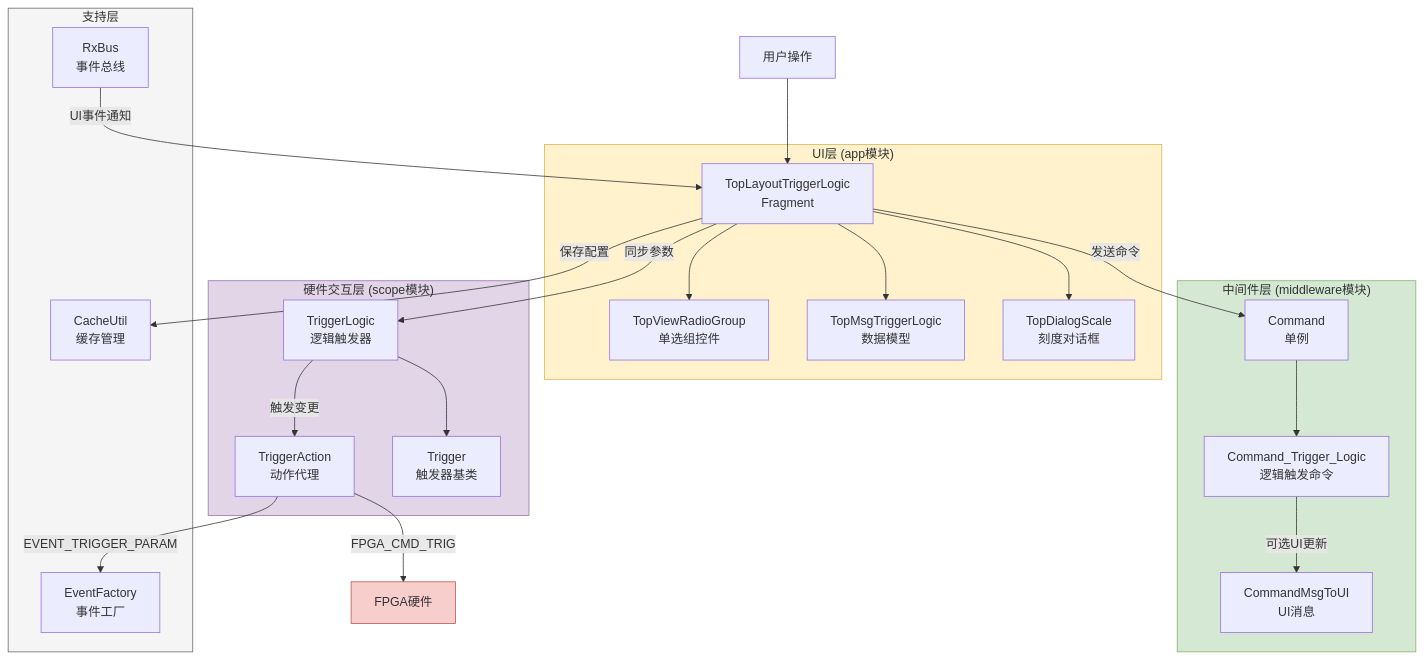
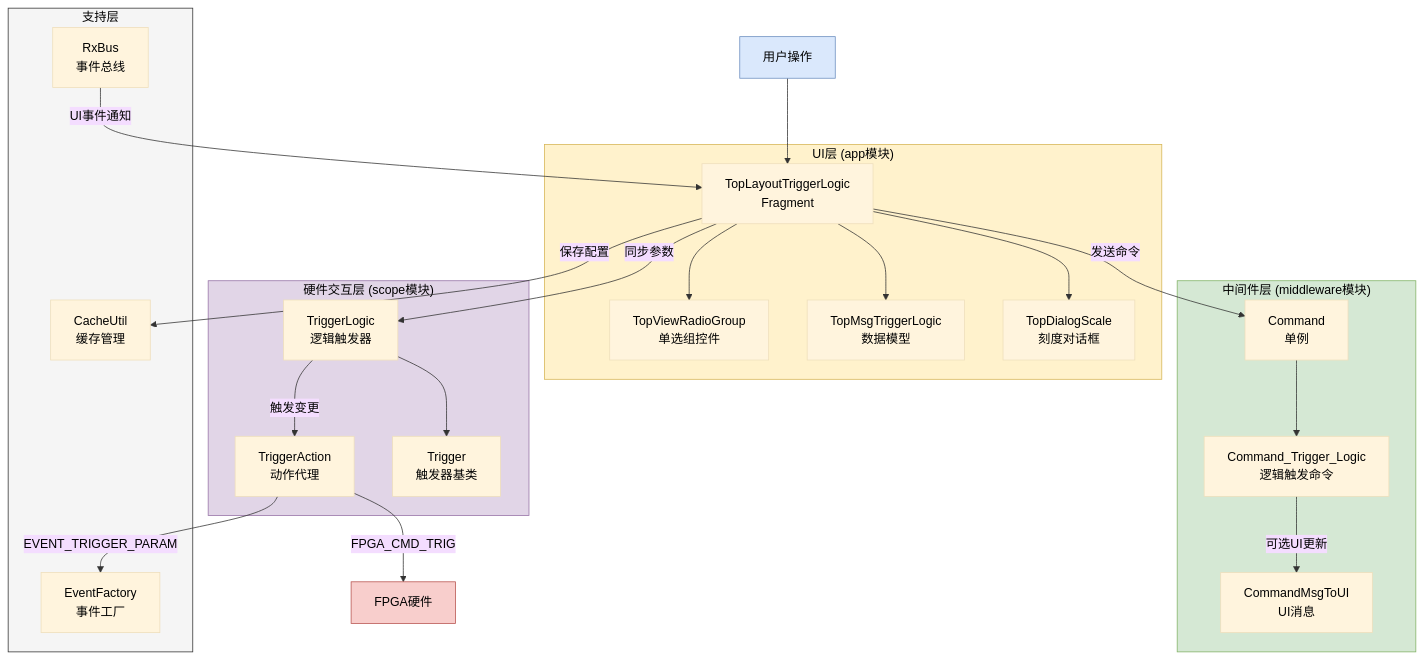
One commit to beginbeyond2/mic changed the first of 8 diagrams in 逻辑触发器数据流程.md. Above: the diagram before and after it, drawn with Mermaid. The commit also changed other lines of this file and 39 other files, not shown here.

Commit message:
docs: add Chinese comments to base, hardware and scope modules

````diff
--- a/逻辑触发器数据流程.md
+++ b/逻辑触发器数据流程.md
@@ -13,52 +13,54 @@
 ```mermaid
+%%{init: {'theme': 'base', 'themeVariables': { 'primaryTextColor': '#000', 'secondaryTextColor': '#000', 'tertiaryTextColor': '#000', 'lineColor': '#333', 'textColor': '#000', 'noteBkgColor': '#fffde7', 'noteTextColor': '#000'}}}%%
 flowchart TB
     subgraph UI["UI层 (app模块)"]
         A1[TopLayoutTriggerLogic<br/>Fragment]
         A2[TopViewRadioGroup<br/>单选组控件]
         A3[TopMsgTriggerLogic<br/>数据模型]
         A4[TopDialogScale<br/>刻度对话框]
     end
 
     subgraph Middleware["中间件层 (middleware模块)"]
         B1[Command<br/>单例]
         B2[Command_Trigger_Logic<br/>逻辑触发命令]
         B3[CommandMsgToUI<br/>UI消息]
     end
 
     subgraph Scope["硬件交互层 (scope模块)"]
         C1[TriggerLogic<br/>逻辑触发器]
         C2[TriggerAction<br/>动作代理]
         C3[Trigger<br/>触发器基类]
     end
 
     subgraph Support["支持层"]
         D1[RxBus<br/>事件总线]
         D2[CacheUtil<br/>缓存管理]
         D3[EventFactory<br/>事件工厂]
     end
 
     User[用户操作] --> A1
     A1 --> A2
     A1 --> A3
     A1 --> A4
 
     A1 -->|发送命令| B1
     B1 --> B2
     B2 -->|可选UI更新| B3
 
     A1 -->|同步参数| C1
     C1 --> C3
     C1 -->|触发变更| C2
 
     C2 -->|FPGA_CMD_TRIG| FPGA[FPGA硬件]
 
     A1 -->|保存配置| D2
     C2 -->|EVENT_TRIGGER_PARAM| D3
     D1 -->|UI事件通知| A1
 
-    style UI fill:#fff2cc,stroke:#d6b656
-    style Middleware fill:#d5e8d4,stroke:#82b366
-    style Scope fill:#e1d5e7,stroke:#9673a6
-    style Support fill:#f5f5f5,stroke:#666666
-    style FPGA fill:#f8cecc,stroke:#b85450
+    style UI fill:#fff2cc,stroke:#d6b656,color:#000
+    style Middleware fill:#d5e8d4,stroke:#82b366,color:#000
+    style Scope fill:#e1d5e7,stroke:#9673a6,color:#000
+    style Support fill:#f5f5f5,stroke:#333,color:#000
+    style FPGA fill:#f8cecc,stroke:#b85450,color:#000
+    style User fill:#dae8fc,stroke:#6c8ebf,color:#000
 ```
````
